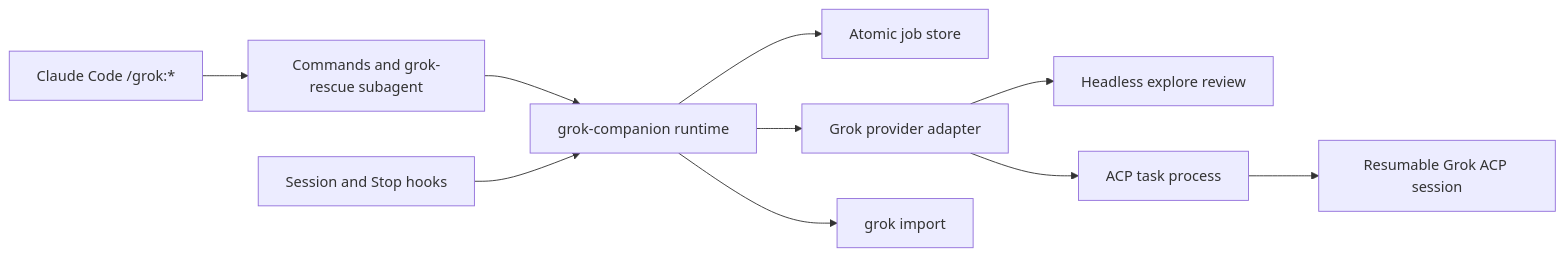
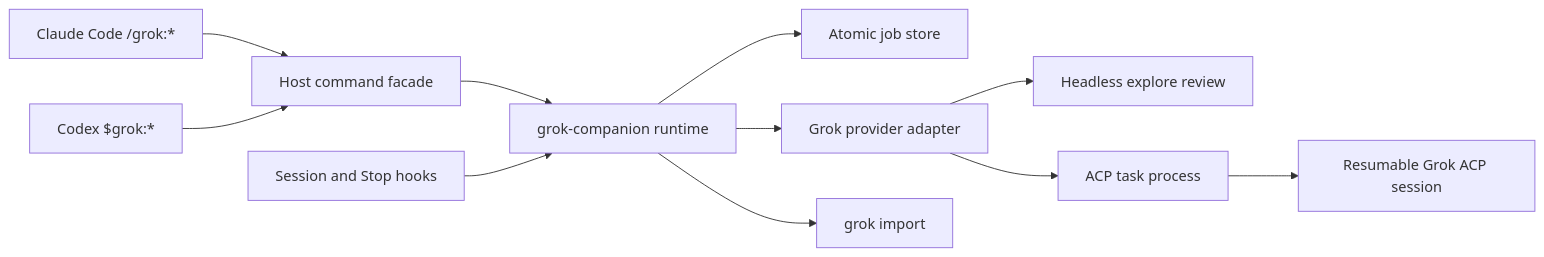
One commit to xliberty2008x/grok-plugin changed the diagram in SPEC.md. Above: the diagram before and after it, drawn with Mermaid. The commit also changed other lines of this file and 51 other files, not shown here.

Commit message:
feat: add native Codex host support

````diff
--- a/SPEC.md
+++ b/SPEC.md
@@ -130,12 +137,13 @@
 ```mermaid
 flowchart LR
-    C["Claude Code /grok:*"] --> F["Commands and grok-rescue subagent"]
+    C["Claude Code /grok:*"] --> F["Host command facade"]
+    X["Codex $grok:*"] --> F
     F --> R["grok-companion runtime"]
     H["Session and Stop hooks"] --> R
     R --> J["Atomic job store"]
     R --> P["Grok provider adapter"]
     P --> V["Headless explore review"]
     P --> A["ACP task process"]
     A --> S["Resumable Grok ACP session"]
     R --> I["grok import"]
 ```
````
